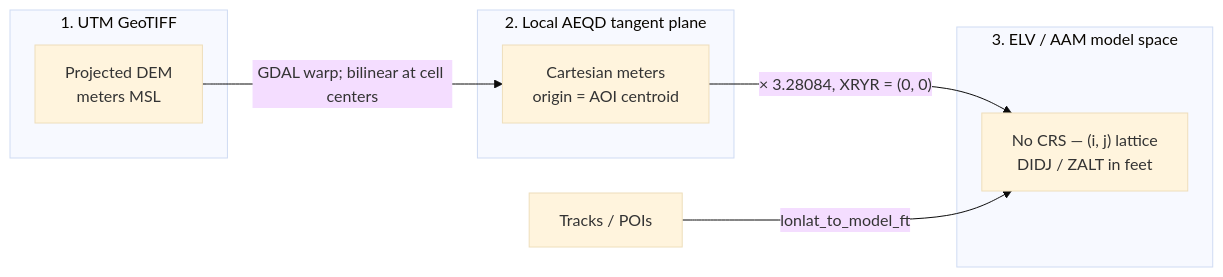
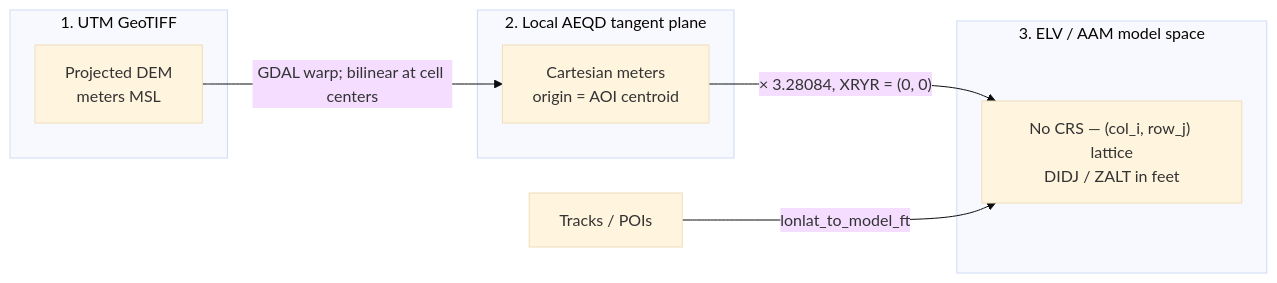
One commit to elliott-ruebush/aam-translator changed the diagram in docs/elv_pipeline.md. Above: the diagram before and after it, drawn with Mermaid (base theme). The commit also changed other lines of this file and 17 other files, not shown here.

````diff
--- a/docs/elv_pipeline.md
+++ b/docs/elv_pipeline.md
@@ -18,15 +18,15 @@
 ```mermaid
 flowchart LR
   subgraph utmSpace ["1. UTM GeoTIFF"]
     dem["Projected DEM<br/>meters MSL"]
   end
   subgraph aeqdSpace ["2. Local AEQD tangent plane"]
     plane["Cartesian meters<br/>origin = AOI centroid"]
   end
   subgraph elvSpace ["3. ELV / AAM model space"]
-    elv["No CRS — (i, j) lattice<br/>DIDJ / ZALT in feet"]
+    elv["No CRS — (col_i, row_j) lattice<br/>DIDJ / ZALT in feet"]
   end
   dem -->|"GDAL warp; bilinear at cell centers"| plane
   plane -->|"× 3.28084, XRYR = (0, 0)"| elv
   poi["Tracks / POIs"] -->|"lonlat_to_model_ft"| elv
 ```
````
